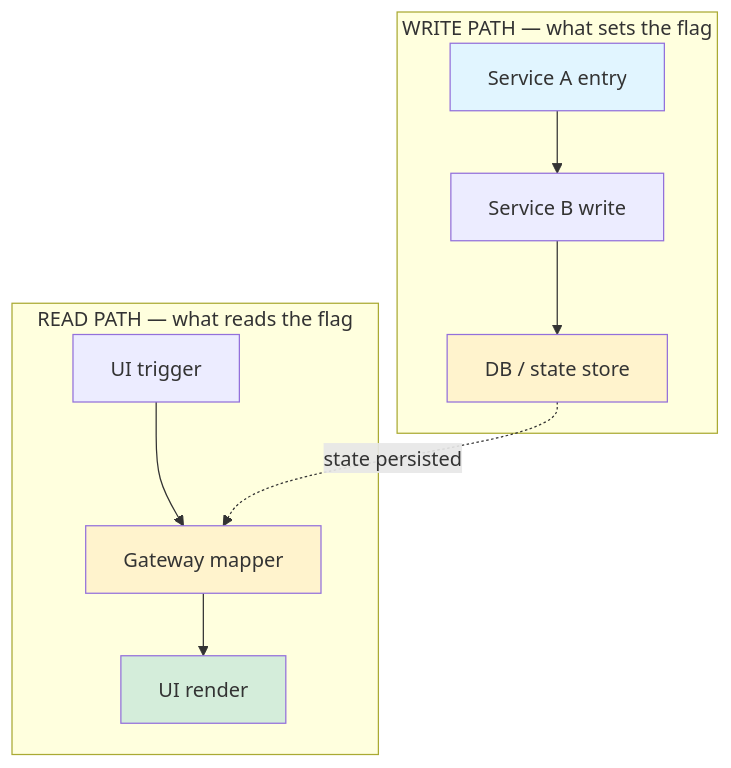
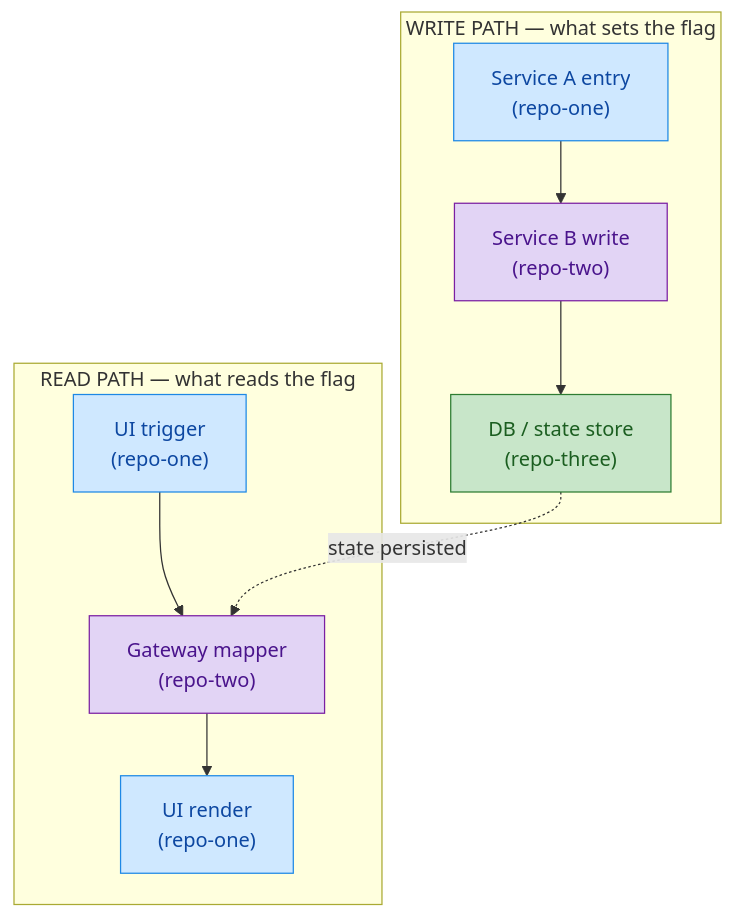
Before and after one commit to kolathee/claude: the diagram in skills/explore-and-implement/SKILL.md, drawn with Mermaid. The commit also changed other lines of this file, not shown here.

````diff
--- a/skills/explore-and-implement/SKILL.md
+++ b/skills/explore-and-implement/SKILL.md
@@ -88,23 +102,26 @@
 ```mermaid
 flowchart TD
     subgraph Write["WRITE PATH — what sets the flag"]
-        A1[Service A entry]
-        A2[Service B write]
-        A3[DB / state store]
+        A1["Service A entry<br/>(repo-one)"]
+        A2["Service B write<br/>(repo-two)"]
+        A3["DB / state store<br/>(repo-three)"]
         A1 --> A2 --> A3
     end
 
     subgraph Read["READ PATH — what reads the flag"]
-        B1[UI trigger]
-        B2[Gateway mapper]
-        B3[UI render]
+        B1["UI trigger<br/>(repo-one)"]
+        B2["Gateway mapper<br/>(repo-two)"]
+        B3["UI render<br/>(repo-one)"]
         B1 --> B2 --> B3
     end
 
     A3 -. state persisted .-> B2
 
-    style A1 fill:#e1f5ff
-    style B3 fill:#d4edda
-    style A3 fill:#fff3cd
-    style B2 fill:#fff3cd
+    classDef repoOne fill:#cfe8ff,stroke:#1e88e5,color:#0d47a1
+    classDef repoTwo fill:#e2d4f5,stroke:#7b1fa2,color:#4a148c
+    classDef repoThree fill:#c8e6c9,stroke:#2e7d32,color:#1b5e20
+
+    class A1,B1,B3 repoOne
+    class A2,B2 repoTwo
+    class A3 repoThree
 ```
````
